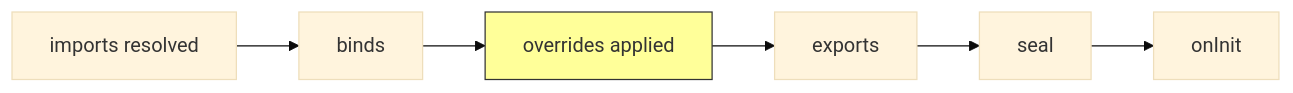
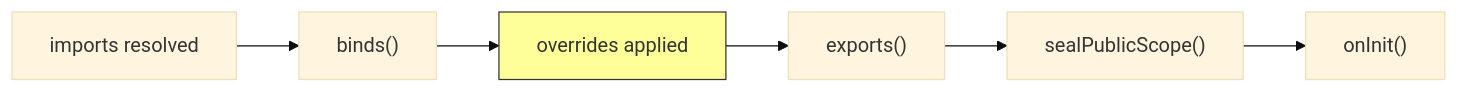
One commit to cherrypick-agency/modularity_dart changed the second of 2 diagrams in docs-site/guide/modularity_workspace/dependency-overrides.md. Above: the diagram before and after it, drawn with Mermaid (base theme). The commit also changed other lines of this file and 56 other files, not shown here.

````diff
--- a/docs-site/guide/modularity_workspace/dependency-overrides.md
+++ b/docs-site/guide/modularity_workspace/dependency-overrides.md
@@ -111,9 +124,9 @@
 ```mermaid
 flowchart LR
-    A[imports resolved] --> B[binds]
-    B --> C[overrides applied]
-    C --> D[exports]
-    D --> E[seal]
-    E --> F[onInit]
+    A[imports resolved] --> B["binds()"]
+    B --> C["overrides applied"]
+    C --> D["exports()"]
+    D --> E["sealPublicScope()"]
+    E --> F["onInit()"]
     style C fill:#ff9,stroke:#333
 ```
````
